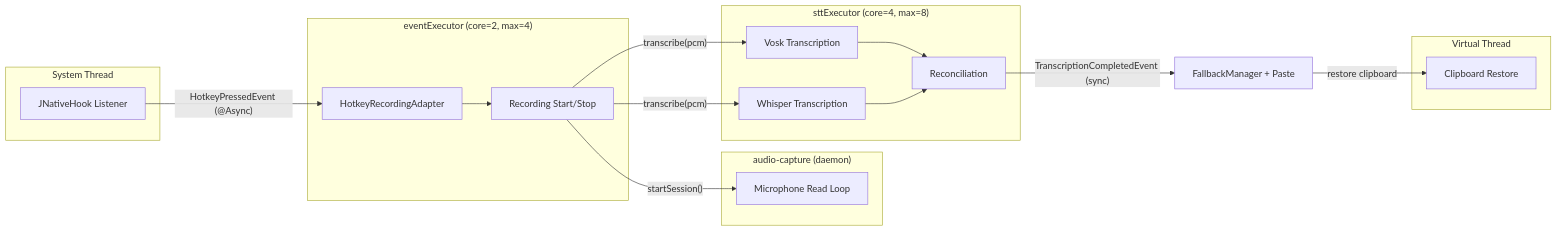
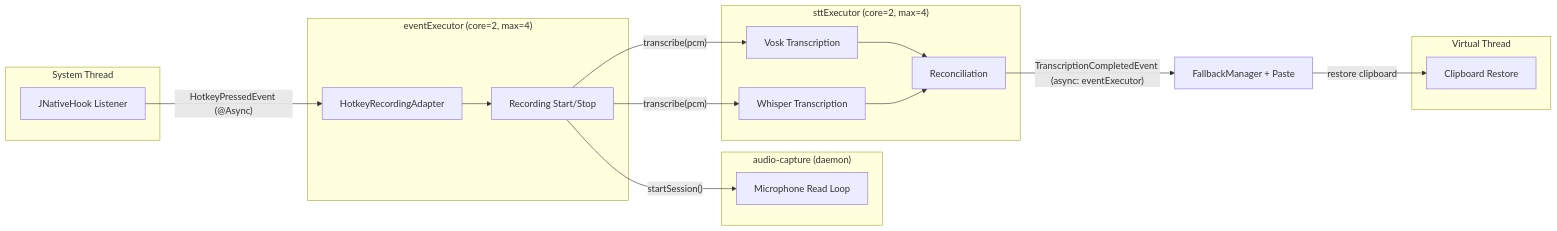
One commit to phillippitts/blckvox changed the second of 2 diagrams in docs/diagrams/code-path-walkthrough.md. Above: the diagram before and after it, drawn with Mermaid. The commit also changed other lines of this file and 32 other files, not shown here.

````diff
--- a/docs/diagrams/code-path-walkthrough.md
+++ b/docs/diagrams/code-path-walkthrough.md
@@ -312,31 +312,31 @@
 ```mermaid
 graph LR
     subgraph "System Thread"
         A[JNativeHook Listener]
     end
     subgraph "eventExecutor (core=2, max=4)"
         B[HotkeyRecordingAdapter]
         C[Recording Start/Stop]
     end
     subgraph "audio-capture (daemon)"
         D[Microphone Read Loop]
     end
-    subgraph "sttExecutor (core=4, max=8)"
+    subgraph "sttExecutor (core=2, max=4)"
         E[Vosk Transcription]
         F[Whisper Transcription]
         G[Reconciliation]
     end
     subgraph "Virtual Thread"
         H[Clipboard Restore]
     end
 
     A -->|"HotkeyPressedEvent (@Async)"| B
     B --> C
     C -->|"startSession()"| D
     C -->|"transcribe(pcm)"| E
     C -->|"transcribe(pcm)"| F
     E --> G
     F --> G
-    G -->|"TranscriptionCompletedEvent (sync)"| I[FallbackManager + Paste]
+    G -->|"TranscriptionCompletedEvent (async: eventExecutor)"| I[FallbackManager + Paste]
     I -->|"restore clipboard"| H
 ```
````
